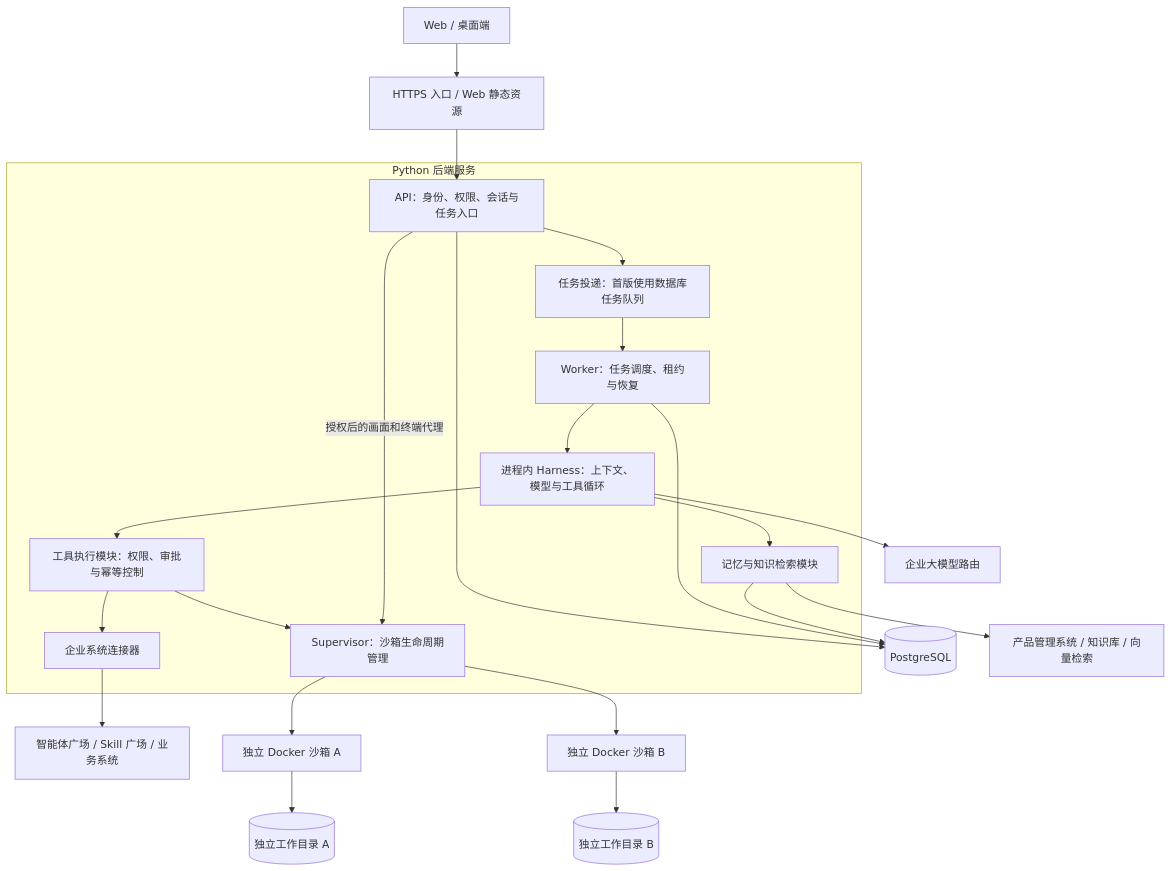
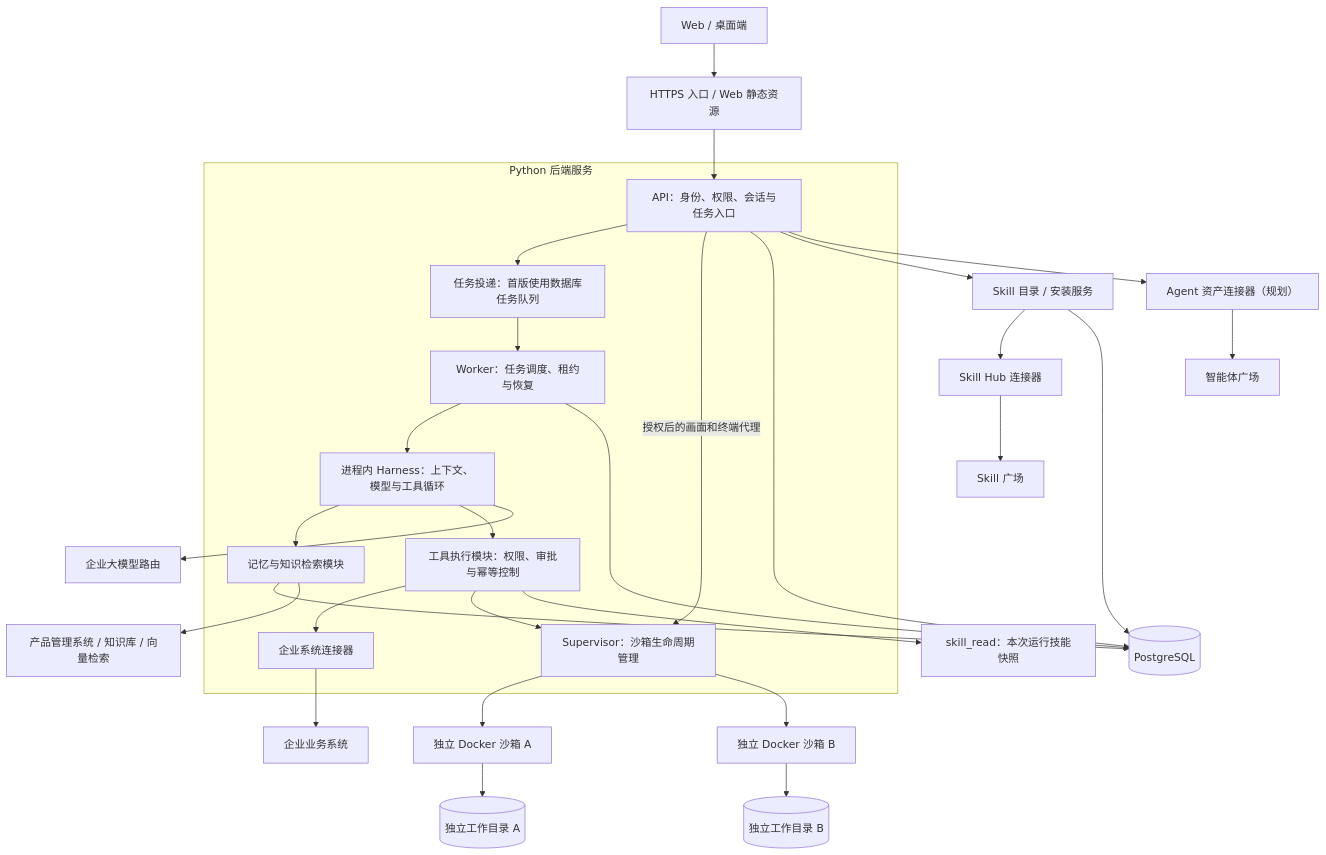
One commit to bundigit9527/AgentForge changed the second of 2 diagrams in README.md. Above: the diagram before and after it, drawn with Mermaid. The commit also changed other lines of this file and 50 other files, not shown here.

Commit message:
feat: add versioned tools and installable skills

````diff
--- a/README.md
+++ b/README.md
@@ -66,34 +71,39 @@
 ```mermaid
 flowchart TB
     UI["Web / 桌面端"] --> EDGE["HTTPS 入口 / Web 静态资源"]
     EDGE --> API
 
     subgraph Backend["Python 后端服务"]
         API["API：身份、权限、会话与任务入口"]
         QUEUE["任务投递：首版使用数据库任务队列"]
         WORKER["Worker：任务调度、租约与恢复"]
         HARNESS["进程内 Harness：上下文、模型与工具循环"]
         MEMORY["记忆与知识检索模块"]
         TOOLS["工具执行模块：权限、审批与幂等控制"]
         CONNECTOR["企业系统连接器"]
         SUPERVISOR["Supervisor：沙箱生命周期管理"]
 
         API --> QUEUE --> WORKER --> HARNESS
         HARNESS --> MEMORY
         HARNESS --> TOOLS
         TOOLS --> CONNECTOR
         TOOLS --> SUPERVISOR
         API -->|授权后的画面和终端代理| SUPERVISOR
     end
 
     API --> DB[("PostgreSQL")]
     WORKER --> DB
     MEMORY --> DB
     MEMORY --> RETRIEVAL["产品管理系统 / 知识库 / 向量检索"]
     HARNESS --> MODEL["企业大模型路由"]
-    CONNECTOR --> ASSETS["智能体广场 / Skill 广场 / 业务系统"]
+    CONNECTOR --> ASSETS["企业业务系统"]
+    API --> SKILLS["Skill 目录 / 安装服务"]
+    SKILLS --> HUB["Skill Hub 连接器"] --> HUBSYS["Skill 广场"]
+    SKILLS --> DB
+    API --> AGENTCAT["Agent 资产连接器（规划）"] --> AGENTHUB["智能体广场"]
+    TOOLS --> READSKILL["skill_read：本次运行技能快照"]
     SUPERVISOR --> SB1["独立 Docker 沙箱 A"]
     SUPERVISOR --> SB2["独立 Docker 沙箱 B"]
     SB1 --> FILES1[("独立工作目录 A")]
     SB2 --> FILES2[("独立工作目录 B")]
 ```
````
